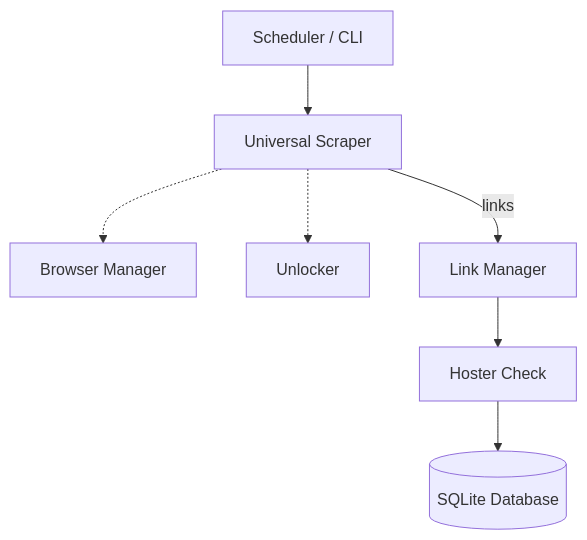
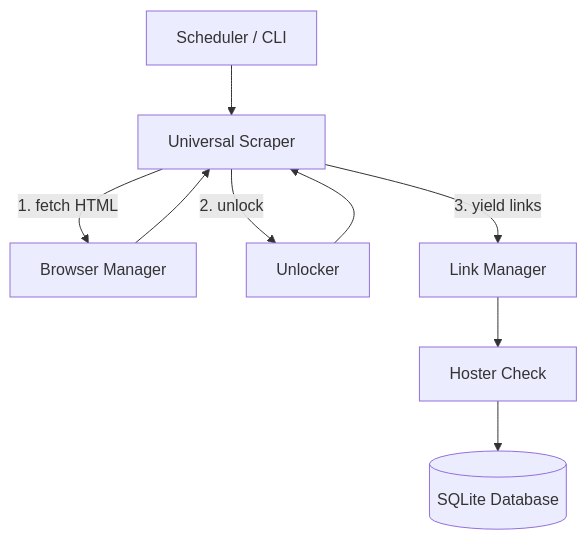
One commit to dmachard/DDL-tower changed the first of 3 diagrams in README.md. Above: the diagram before and after it, drawn with Mermaid. The commit also changed other lines of this file, not shown here.

Commit message:
feat: configure TMDB API key, comment out example scrapers, and update architecture diagrams in README

````diff
--- a/README.md
+++ b/README.md
@@ -238,9 +238,14 @@
 ```mermaid
 graph TD
     SCH[Scheduler / CLI] --> SCR[Universal Scraper]
-    SCR -.-> BRW[Browser Manager]
-    SCR -.-> UNL[Unlocker]
-    SCR -- "links" --> LNK[Link Manager]
+    
+    SCR -->|1. fetch HTML| BRW[Browser Manager]
+    BRW --> SCR
+    
+    SCR -->|2. unlock| UNL[Unlocker]
+    UNL --> SCR
+    
+    SCR -- "3. yield links" --> LNK[Link Manager]
     LNK --> HST[Hoster Check]
     HST --> DB[(SQLite Database)]
 ```
````
